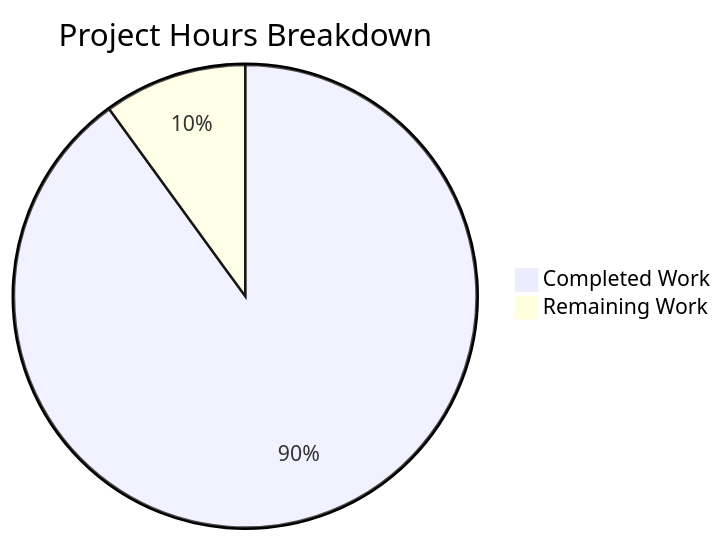
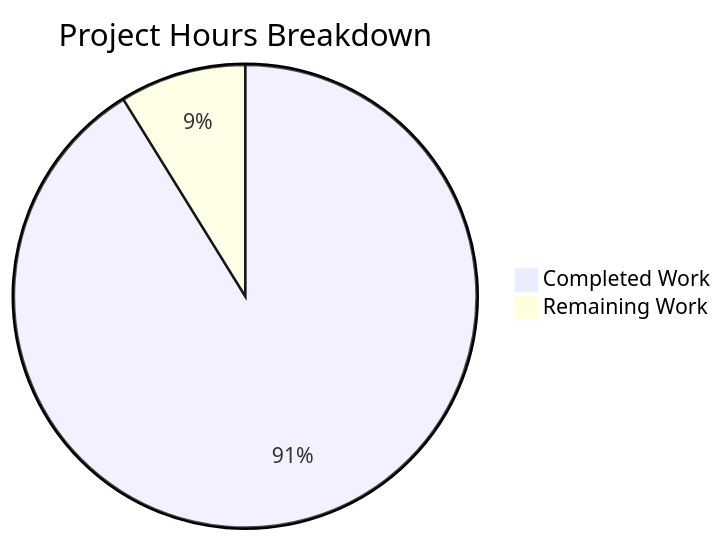
Before and after one commit to sudhanshu-spec/test-spec: the second of 3 diagrams in blitzy/documentation/Project Guide.md, drawn with Mermaid. The commit also changed other lines of this file, not shown here.

Commit message:
Adding Blitzy Project Guide: Project Status and Human Tasks Remaining

````diff
--- a/blitzy/documentation/Project Guide.md
+++ b/blitzy/documentation/Project Guide.md
@@ -92,5 +211,5 @@
 ```mermaid
 pie title Project Hours Breakdown
-    "Completed Work" : 18
-    "Remaining Work" : 2
+    "Completed Work" : 31
+    "Remaining Work" : 3
 ```
````
